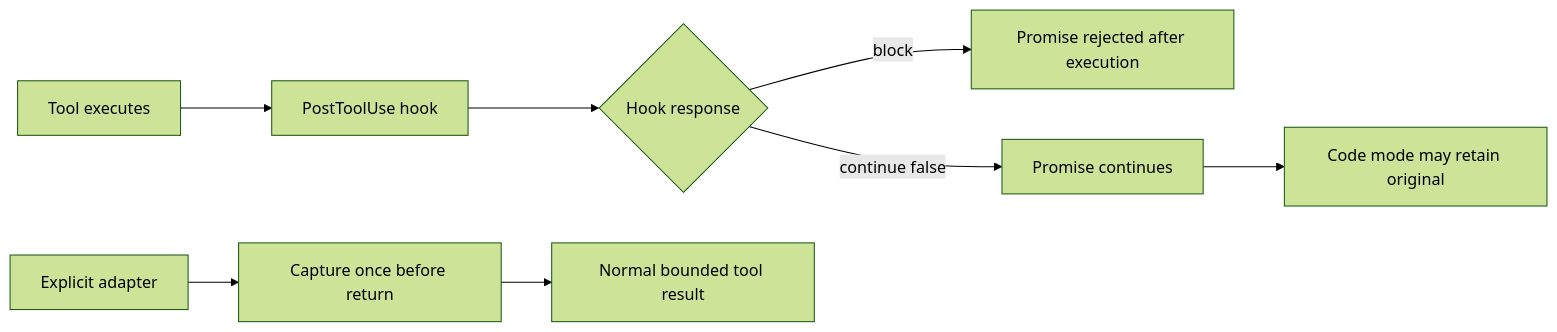
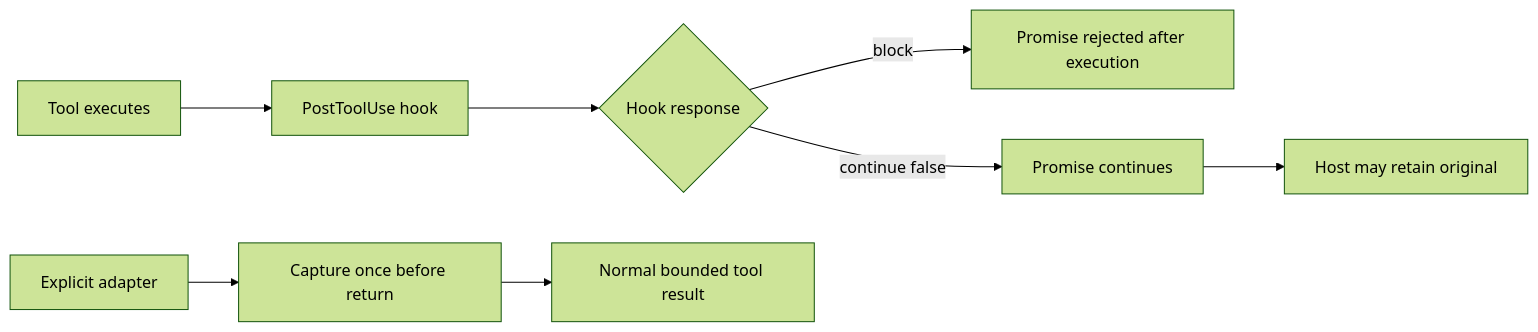
The diagram in docs/research/2026-09-24-hook-result-boundary.md (DmitrL-dev/SoLCodex), drawn with Mermaid (forest theme) before and after one commit. The commit also changed other lines of this file and 5 other files, not shown here.

````diff
--- a/docs/research/2026-09-24-hook-result-boundary.md
+++ b/docs/research/2026-09-24-hook-result-boundary.md
@@ -15,10 +17,10 @@
 ```mermaid
 flowchart LR
   A[Tool executes] --> B[PostToolUse hook]
   B --> C{Hook response}
   C -->|block| D[Promise rejected after execution]
   C -->|continue false| E[Promise continues]
-  E --> F[Code mode may retain original]
+  E --> F[Host may retain original]
   G[Explicit adapter] --> H[Capture once before return]
   H --> I[Normal bounded tool result]
 ```
````
